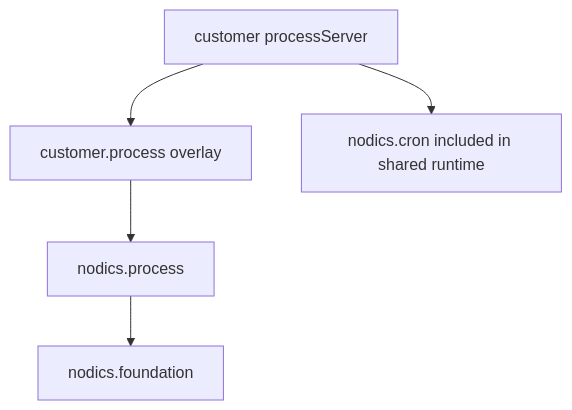
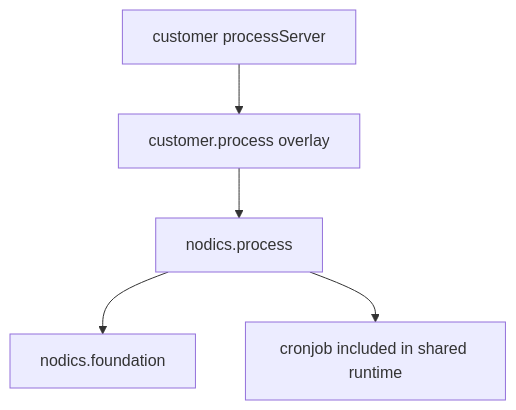
One commit to Nodics/nodics.ai changed the diagram in nodics.docs/docs/pages/nodics.process/custom-project-extension.md. Above: the diagram before and after it, drawn with Mermaid. The commit also changed other lines of this file and 43 other files, not shown here.

````diff
--- a/nodics.docs/docs/pages/nodics.process/custom-project-extension.md
+++ b/nodics.docs/docs/pages/nodics.process/custom-project-extension.md
@@ -9,7 +9,7 @@
 ```mermaid
 flowchart TD
   Server["customer processServer"] --> CustomerProcess["customer.process overlay"]
   CustomerProcess --> NodicsProcess["nodics.process"]
   NodicsProcess --> NodicsFoundation["nodics.foundation"]
-  Server --> NodicsCron["nodics.cron included in shared runtime"]
+  NodicsProcess --> NodicsCronJob["cronjob included in shared runtime"]
 ```
````
